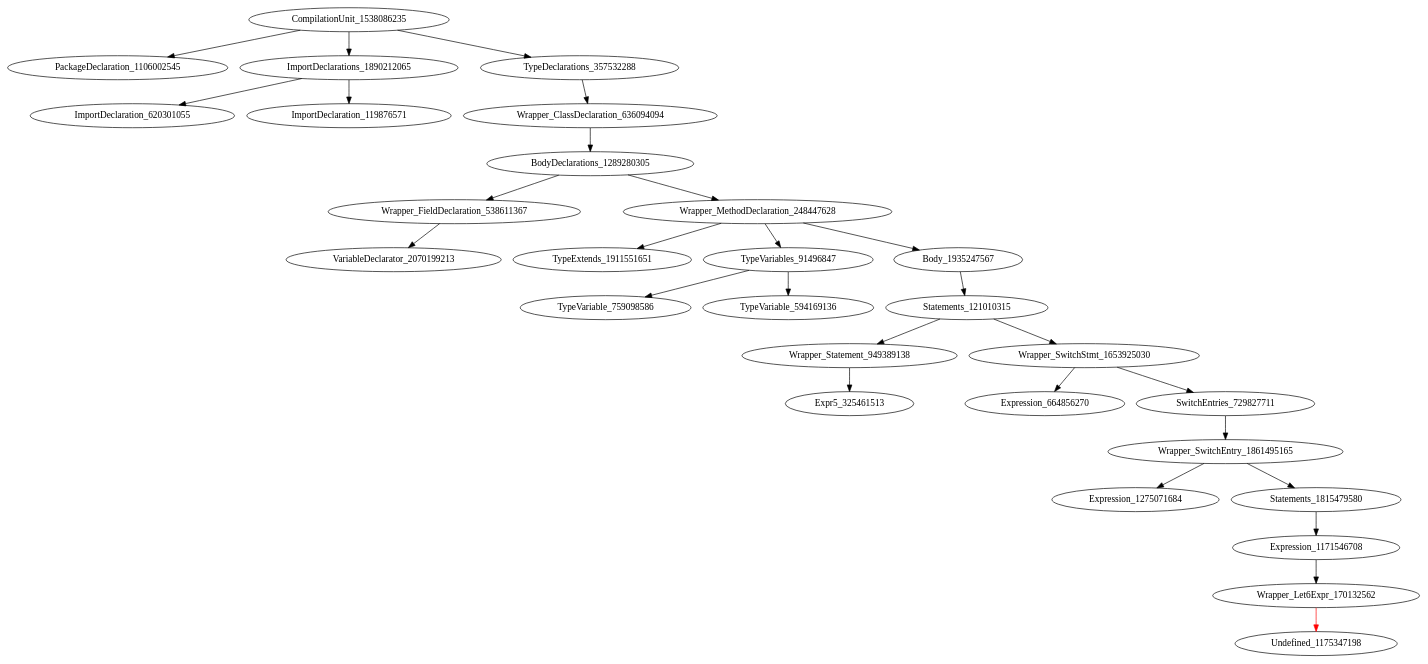
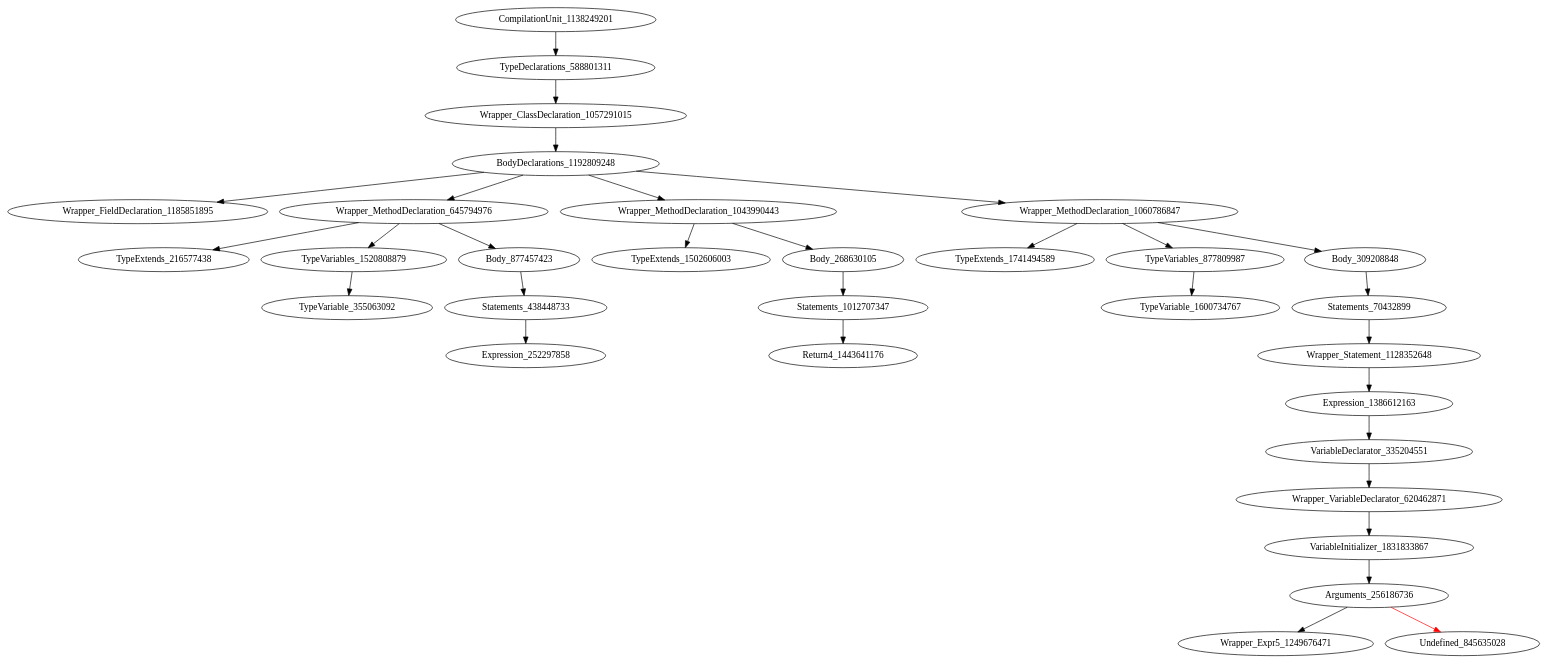
Before and after one commit to icse2023material/VoiceJava: the diagram in holeAST.dot, drawn with Graphviz. The commit also changed 14 other files, not shown here.

```diff
--- a/holeAST.dot
+++ b/holeAST.dot
@@ -1,29 +1,32 @@
 digraph {
-CompilationUnit_1538086235 -> PackageDeclaration_1106002545
-CompilationUnit_1538086235 -> ImportDeclarations_1890212065
-CompilationUnit_1538086235 -> TypeDeclarations_357532288
-ImportDeclarations_1890212065 -> ImportDeclaration_620301055
-ImportDeclarations_1890212065 -> ImportDeclaration_119876571
-TypeDeclarations_357532288 -> Wrapper_ClassDeclaration_636094094
-Wrapper_ClassDeclaration_636094094 -> BodyDeclarations_1289280305
-BodyDeclarations_1289280305 -> Wrapper_FieldDeclaration_538611367
-BodyDeclarations_1289280305 -> Wrapper_MethodDeclaration_248447628
-Wrapper_FieldDeclaration_538611367 -> VariableDeclarator_2070199213
-Wrapper_MethodDeclaration_248447628 -> TypeExtends_1911551651
-Wrapper_MethodDeclaration_248447628 -> TypeVariables_91496847
-Wrapper_MethodDeclaration_248447628 -> Body_1935247567
-TypeVariables_91496847 -> TypeVariable_759098586
-TypeVariables_91496847 -> TypeVariable_594169136
-Body_1935247567 -> Statements_121010315
-Statements_121010315 -> Wrapper_Statement_949389138
-Statements_121010315 -> Wrapper_SwitchStmt_1653925030
-Wrapper_Statement_949389138 -> Expr5_325461513
-Wrapper_SwitchStmt_1653925030 -> Expression_664856270
-Wrapper_SwitchStmt_1653925030 -> SwitchEntries_729827711
-SwitchEntries_729827711 -> Wrapper_SwitchEntry_1861495165
-Wrapper_SwitchEntry_1861495165 -> Expression_1275071684
-Wrapper_SwitchEntry_1861495165 -> Statements_1815479580
-Statements_1815479580 -> Expression_1171546708
-Expression_1171546708 -> Wrapper_Let6Expr_170132562
-Wrapper_Let6Expr_170132562 -> Undefined_1175347198 [color = red] 
+CompilationUnit_1138249201 -> TypeDeclarations_588801311
+TypeDeclarations_588801311 -> Wrapper_ClassDeclaration_1057291015
+Wrapper_ClassDeclaration_1057291015 -> BodyDeclarations_1192809248
+BodyDeclarations_1192809248 -> Wrapper_FieldDeclaration_1185851895
+BodyDeclarations_1192809248 -> Wrapper_MethodDeclaration_645794976
+BodyDeclarations_1192809248 -> Wrapper_MethodDeclaration_1043990443
+BodyDeclarations_1192809248 -> Wrapper_MethodDeclaration_1060786847
+Wrapper_MethodDeclaration_645794976 -> TypeExtends_216577438
+Wrapper_MethodDeclaration_645794976 -> TypeVariables_1520808879
+Wrapper_MethodDeclaration_645794976 -> Body_877457423
+Wrapper_MethodDeclaration_1043990443 -> TypeExtends_1502606003
+Wrapper_MethodDeclaration_1043990443 -> Body_268630105
+Wrapper_MethodDeclaration_1060786847 -> TypeExtends_1741494589
+Wrapper_MethodDeclaration_1060786847 -> TypeVariables_877809987
+Wrapper_MethodDeclaration_1060786847 -> Body_309208848
+TypeVariables_1520808879 -> TypeVariable_355063092
+Body_877457423 -> Statements_438448733
+Body_268630105 -> Statements_1012707347
+TypeVariables_877809987 -> TypeVariable_1600734767
+Body_309208848 -> Statements_70432899
+Statements_438448733 -> Expression_252297858
+Statements_1012707347 -> Return4_1443641176
+Statements_70432899 -> Wrapper_Statement_1128352648
+Wrapper_Statement_1128352648 -> Expression_1386612163
+Expression_1386612163 -> VariableDeclarator_335204551
+VariableDeclarator_335204551 -> Wrapper_VariableDeclarator_620462871
+Wrapper_VariableDeclarator_620462871 -> VariableInitializer_1831833867
+VariableInitializer_1831833867 -> Arguments_256186736
+Arguments_256186736 -> Wrapper_Expr5_1249676471
+Arguments_256186736 -> Undefined_845635028 [color = red] 
 }
```
